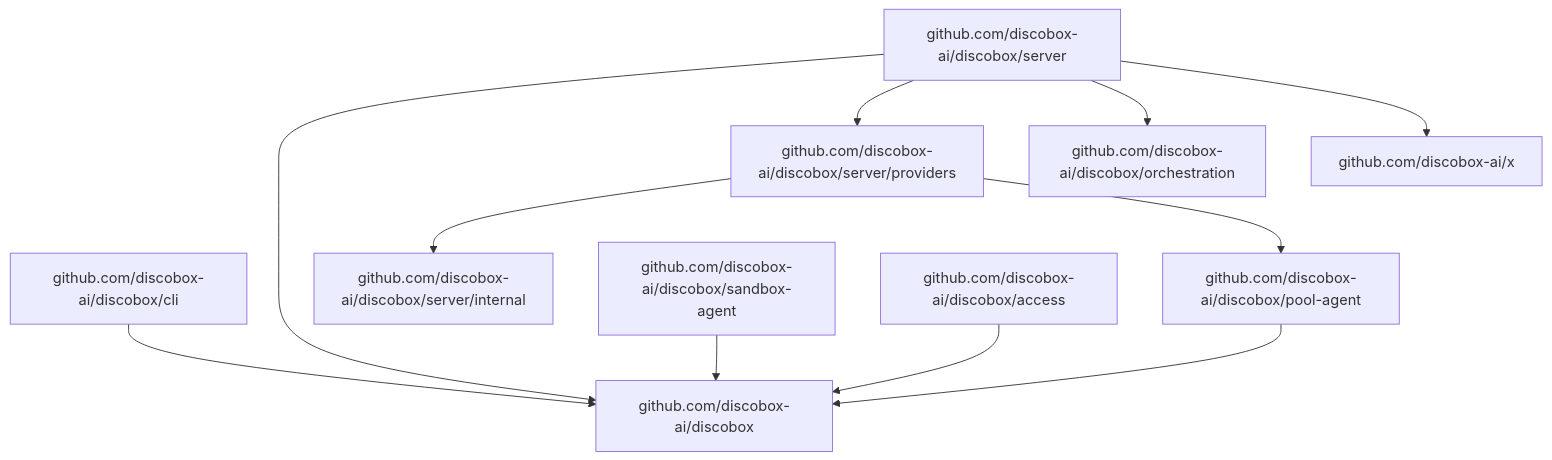
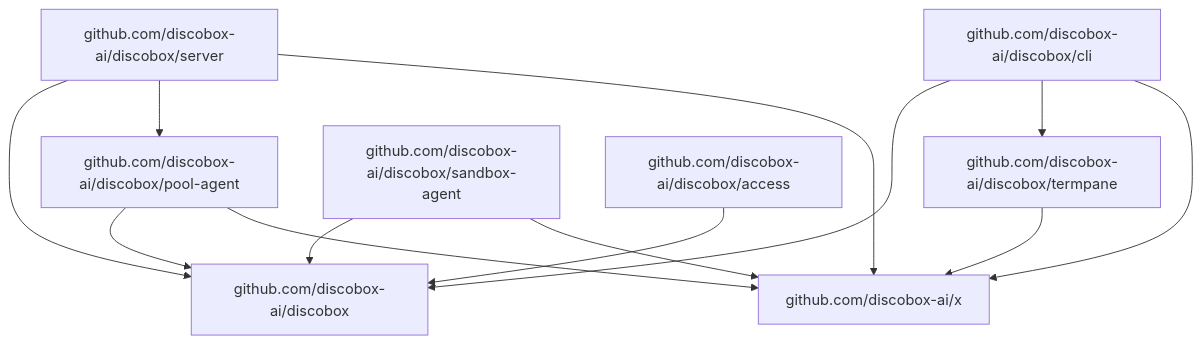
One commit to discobox-ai/discobox changed the second of 5 diagrams in DESIGN.md. Above: the diagram before and after it, drawn with Mermaid. The commit also changed other lines of this file and 37 other files, not shown here.

````diff
--- a/DESIGN.md
+++ b/DESIGN.md
@@ -83,13 +89,11 @@
 ```mermaid
 flowchart TD
     cli["github.com/discobox-ai/discobox/cli"] --> root["github.com/discobox-ai/discobox"]
+    cli --> termpane["github.com/discobox-ai/discobox/termpane"]
     server["github.com/discobox-ai/discobox/server"] --> root
-    server --> providers["github.com/discobox-ai/discobox/server/providers"]
-    server --> orchestration["github.com/discobox-ai/discobox/orchestration"]
-    server --> x["github.com/discobox-ai/x"]
-    providers --> serverInternal["github.com/discobox-ai/discobox/server/internal"]
-    providers --> poolAgent["github.com/discobox-ai/discobox/pool-agent"]
+    server --> poolAgent["github.com/discobox-ai/discobox/pool-agent"]
     poolAgent --> root
     sandboxAgent["github.com/discobox-ai/discobox/sandbox-agent"] --> root
     agentCred["github.com/discobox-ai/discobox/access"] --> root
+    cli & server & poolAgent & sandboxAgent & termpane --> x["github.com/discobox-ai/x"]
 ```
````
